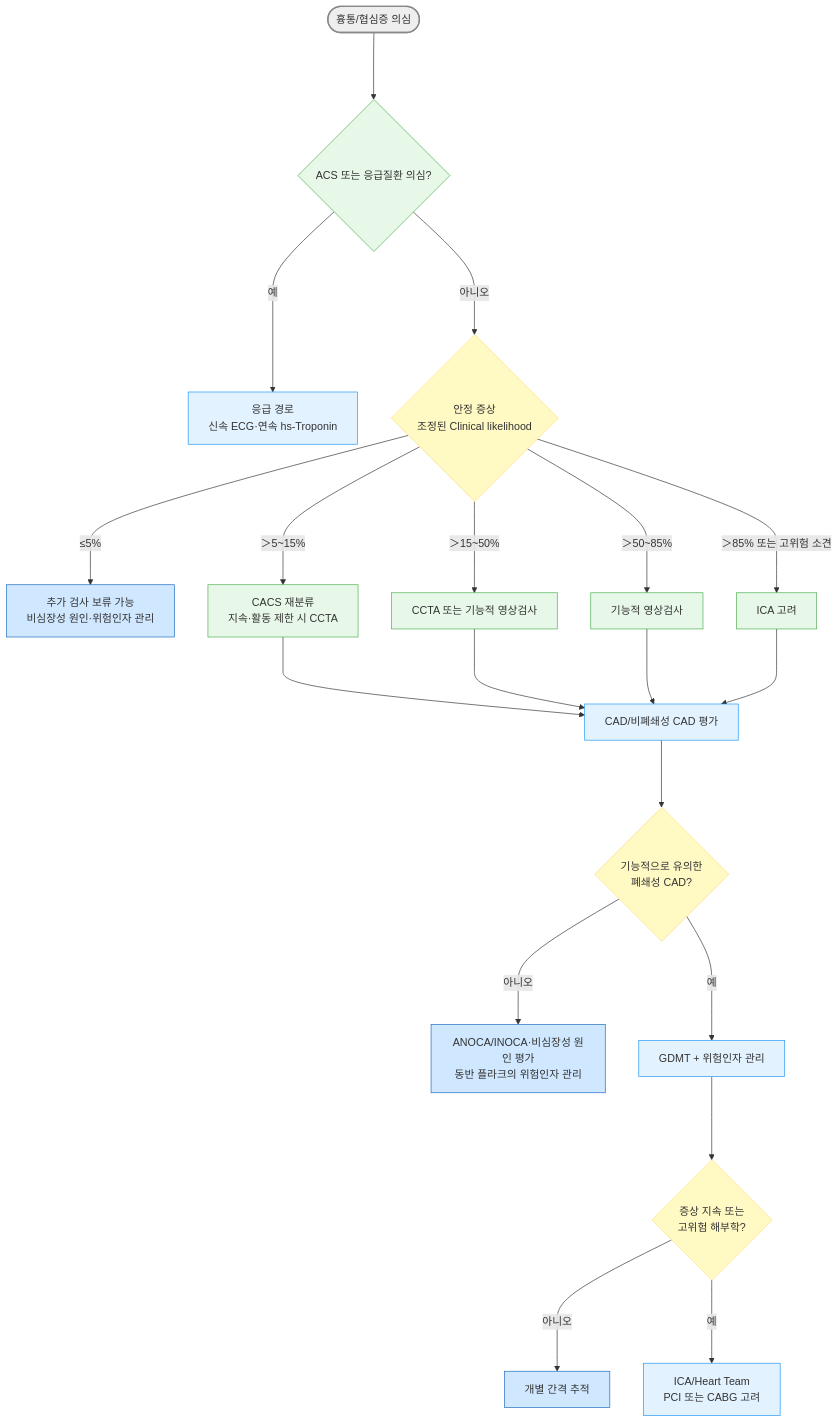
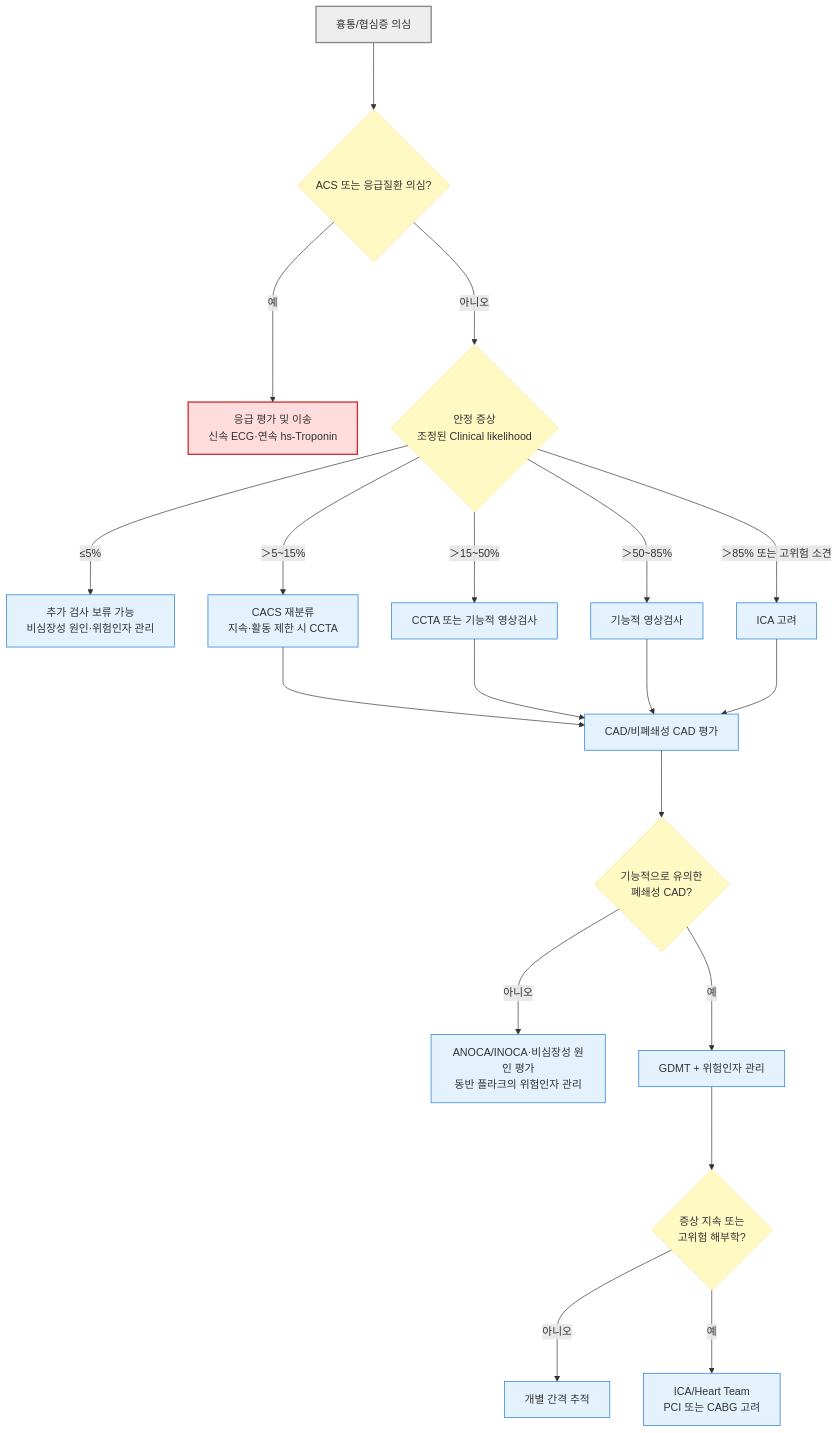
One commit to familyoh77/familyoh77 changed the first of 3 diagrams in 225_/097_-angina-pectoris.md. Above: the diagram before and after it, drawn with Mermaid. The commit also changed other lines of this file and 5 other files, not shown here.

````diff
--- a/225_/097_-angina-pectoris.md
+++ b/225_/097_-angina-pectoris.md
@@ -187,31 +187,36 @@
 ```mermaid
-graph TD
-    A([흉통/협심증 의심]) ---> B{ACS 또는 응급질환 의심?}
-    B -- 예 ---> P[응급 경로<br/>신속 ECG·연속 hs-Troponin]
-    B -- 아니오 ---> C{안정 증상<br/>조정된 Clinical likelihood}
-    C -- "≤5%" ---> D[추가 검사 보류 가능<br/>비심장성 원인·위험인자 관리]
-    C -- "＞5~15%" ---> E[CACS 재분류<br/>지속·활동 제한 시 CCTA]
-    C -- "＞15~50%" ---> F[CCTA 또는 기능적 영상검사]
-    C -- "＞50~85%" ---> G[기능적 영상검사]
-    C -- "＞85% 또는 고위험 소견" ---> H[ICA 고려]
-    E ---> I[CAD/비폐쇄성 CAD 평가]
+flowchart TD
+    A["흉통/협심증 의심"] ---> B{"ACS 또는 응급질환 의심?"}
+    B -- 예 ---> P["응급 평가 및 이송
+신속 ECG·연속 hs-Troponin"]
+    B -- 아니오 ---> C{"안정 증상
+조정된 Clinical likelihood"}
+    C -- "≤5%" ---> D["추가 검사 보류 가능
+비심장성 원인·위험인자 관리"]
+    C -- "＞5~15%" ---> E["CACS 재분류
+지속·활동 제한 시 CCTA"]
+    C -- "＞15~50%" ---> F["CCTA 또는 기능적 영상검사"]
+    C -- "＞50~85%" ---> G["기능적 영상검사"]
+    C -- "＞85% 또는 고위험 소견" ---> H["ICA 고려"]
+    E ---> I["CAD/비폐쇄성 CAD 평가"]
     F ---> I
     G ---> I
     H ---> I
-    I ---> J{기능적으로 유의한<br/>폐쇄성 CAD?}
-    J -- 아니오 ---> K[ANOCA/INOCA·비심장성 원인 평가<br/>동반 플라크의 위험인자 관리]
-    J -- 예 ---> L[GDMT + 위험인자 관리]
-    L ---> M{증상 지속 또는<br/>고위험 해부학?}
-    M -- 아니오 ---> N[개별 간격 추적]
-    M -- 예 ---> O[ICA/Heart Team<br/>PCI 또는 CABG 고려]
-
-style A fill:#eeeeee,stroke:#888888,stroke-width:2px
-classDef lightGreen fill:#e8f8e8,stroke:#4caf50
-class B,E,F,G,H lightGreen
-classDef yellow fill:#fff9c4,stroke:#ffe082
-class C,J,M yellow
-classDef sky fill:#e3f2ff,stroke:#2196f3
-class I,L,O,P sky
-classDef blue fill:#d0e8ff,stroke:#1a6abf
-class D,K,N blue
+    I ---> J{"기능적으로 유의한
+폐쇄성 CAD?"}
+    J -- 아니오 ---> K["ANOCA/INOCA·비심장성 원인 평가
+동반 플라크의 위험인자 관리"]
+    J -- 예 ---> L["GDMT + 위험인자 관리"]
+    L ---> M{"증상 지속 또는
+고위험 해부학?"}
+    M -- 아니오 ---> N["개별 간격 추적"]
+    M -- 예 ---> O["ICA/Heart Team
+PCI 또는 CABG 고려"]
+    classDef question fill:#fff9c4,stroke:#ffe082
+    classDef treatment fill:#e3f2fd,stroke:#1976d2
+    classDef emergency fill:#ffdddd,stroke:#d32f2f,stroke-width:2px
+    class B,C,J,M question
+    class D,E,F,G,H,I,K,L,N,O treatment
+    class P emergency
+    style A fill:#eeeeee,stroke:#888888,stroke-width:2px
 ```
````
